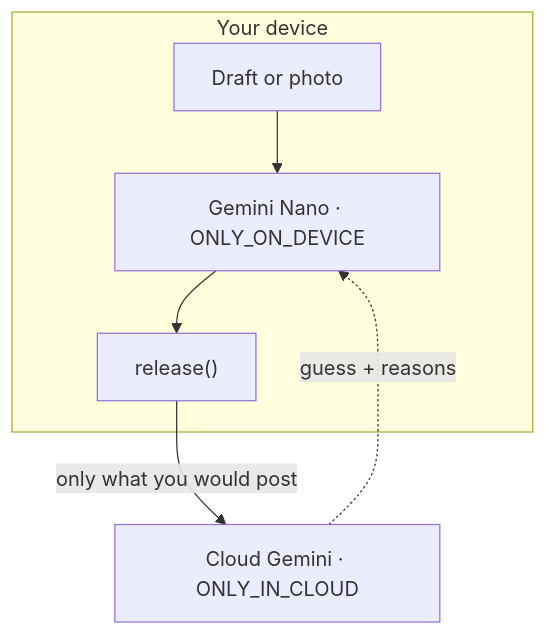
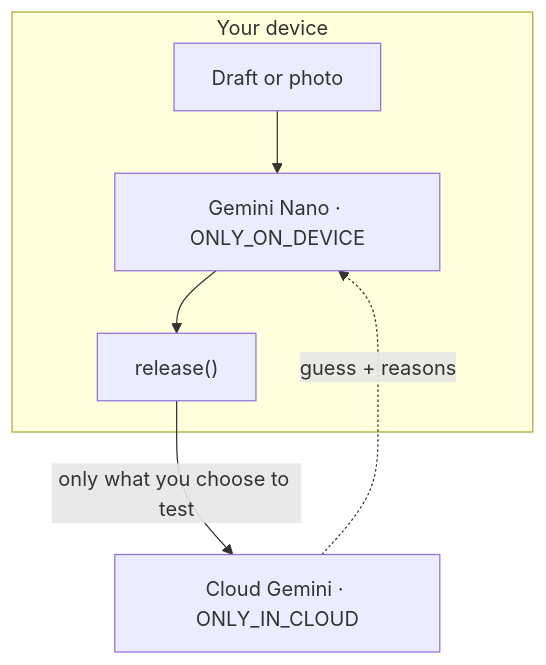
Before and after one commit to Ruby570bocadito/throwaway: the diagram in README.md, drawn with Mermaid. The commit also changed other lines of this file and 7 other files, not shown here.

````diff
--- a/README.md
+++ b/README.md
@@ -44,8 +44,8 @@
 ```mermaid
 flowchart TB
   subgraph device["Your device"]
     secret["Draft or photo"] --> nano["Gemini Nano · ONLY_ON_DEVICE"] --> out["release()"]
   end
-  out -->|"only what you would post"| attacker["Cloud Gemini · ONLY_IN_CLOUD"]
+  out -->|"only what you choose to test"| attacker["Cloud Gemini · ONLY_IN_CLOUD"]
   attacker -.->|"guess + reasons"| nano
 ```
````
